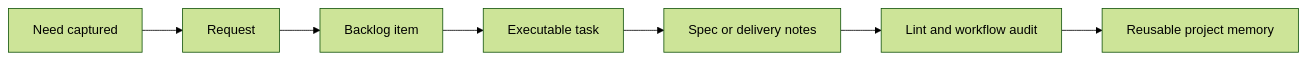
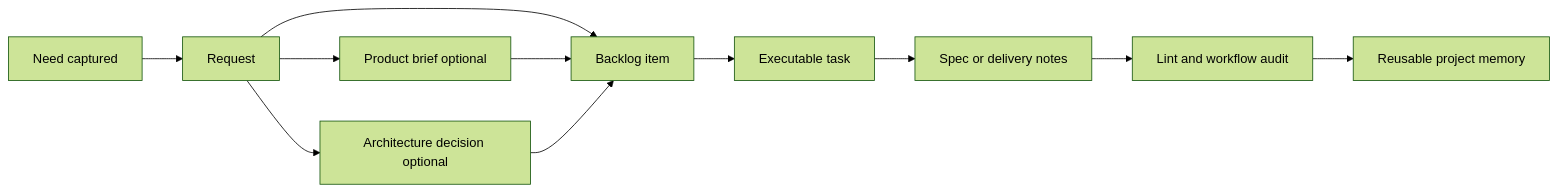
The diagram in README.md (AlexAgo83/cdx-logics-kit), drawn with Mermaid (forest theme) before and after one commit. The commit also changed other lines of this file and 38 other files, not shown here.

Commit message:
Add product and architecture companion doc workflow

````diff
--- a/README.md
+++ b/README.md
@@ -20,9 +25,13 @@
 ```mermaid
 flowchart LR
     Need[Need captured] --> Request[Request]
+    Request --> Product[Product brief optional]
+    Request --> Arch[Architecture decision optional]
     Request --> Backlog[Backlog item]
+    Product --> Backlog
+    Arch --> Backlog
     Backlog --> Task[Executable task]
     Task --> Spec[Spec or delivery notes]
     Spec --> Audit[Lint and workflow audit]
     Audit --> Memory[Reusable project memory]
 ```
````
